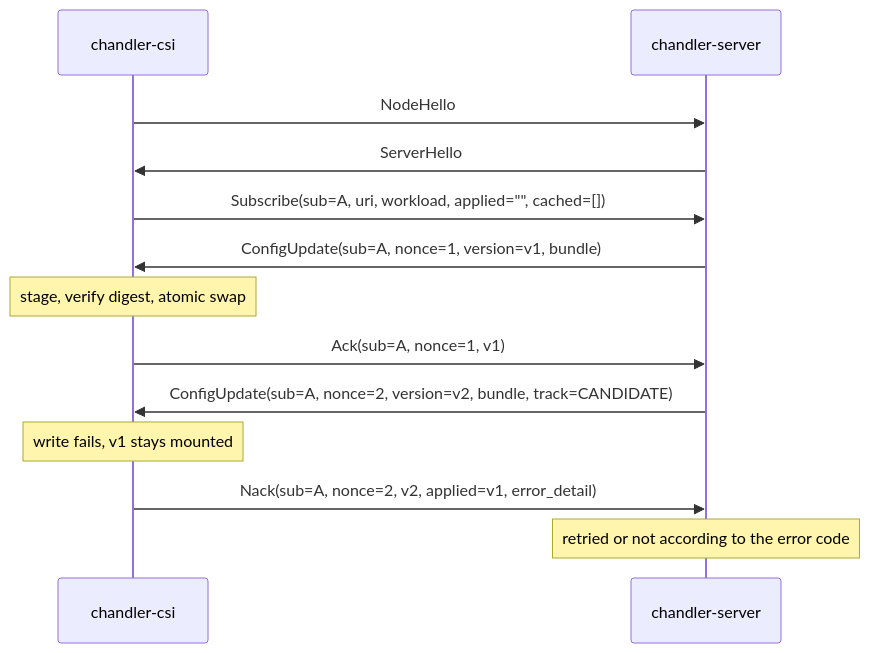
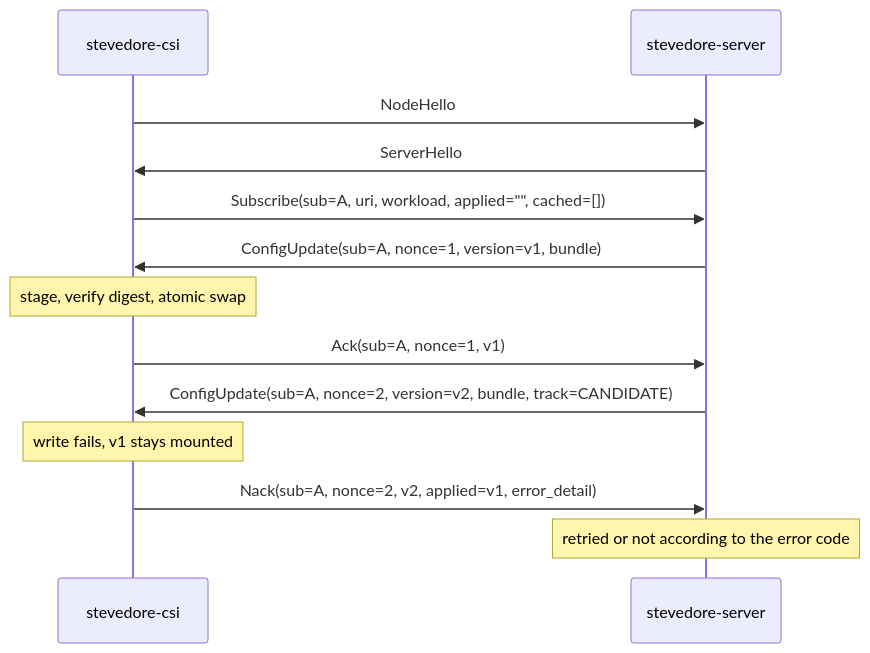
The second of 4 diagrams in docs/design.md (bpalermo/chandler), drawn with Mermaid before and after one commit. The commit also changed other lines of this file and 126 other files, not shown here.

````diff
--- a/docs/design.md
+++ b/docs/design.md
@@ -200,15 +200,15 @@
 ```mermaid
 sequenceDiagram
-  participant D as chandler-csi
-  participant S as chandler-server
+  participant D as stevedore-csi
+  participant S as stevedore-server
   D->>S: NodeHello
   S->>D: ServerHello
   D->>S: Subscribe(sub=A, uri, workload, applied="", cached=[])
   S->>D: ConfigUpdate(sub=A, nonce=1, version=v1, bundle)
   Note over D: stage, verify digest, atomic swap
   D->>S: Ack(sub=A, nonce=1, v1)
   S->>D: ConfigUpdate(sub=A, nonce=2, version=v2, bundle, track=CANDIDATE)
   Note over D: write fails, v1 stays mounted
   D->>S: Nack(sub=A, nonce=2, v2, applied=v1, error_detail)
   Note over S: retried or not according to the error code
 ```
````
